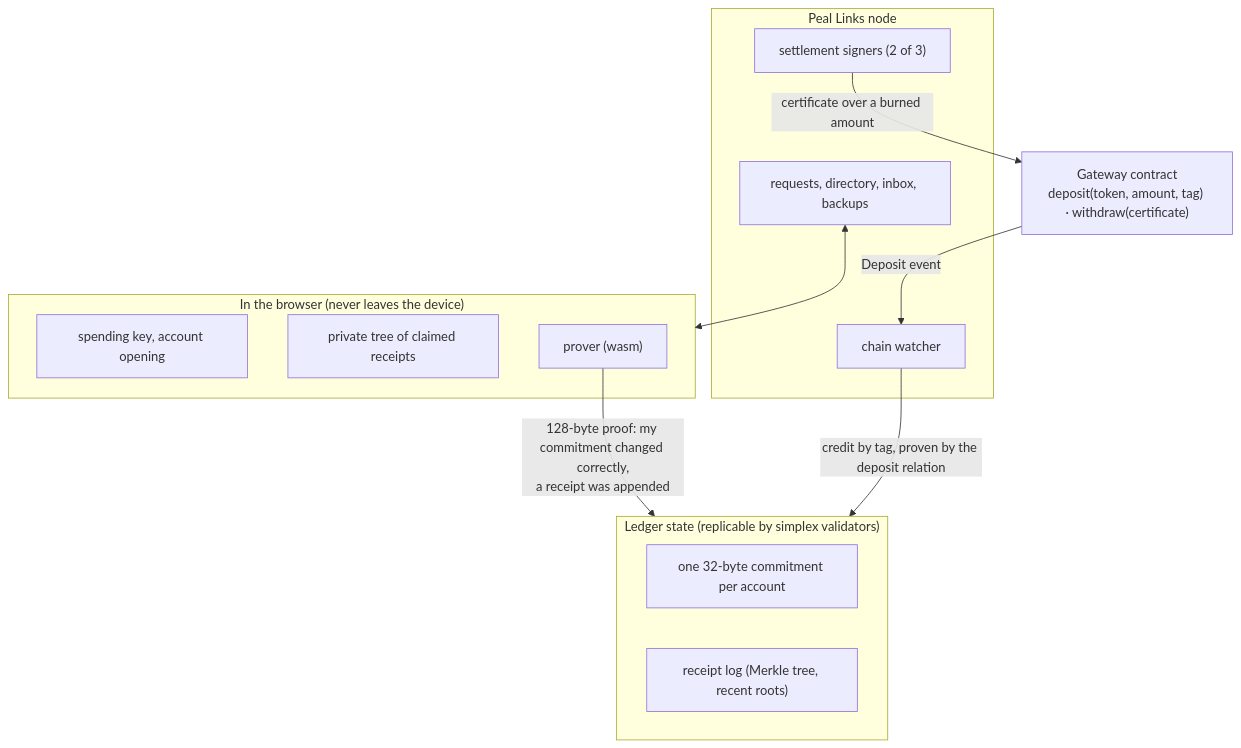
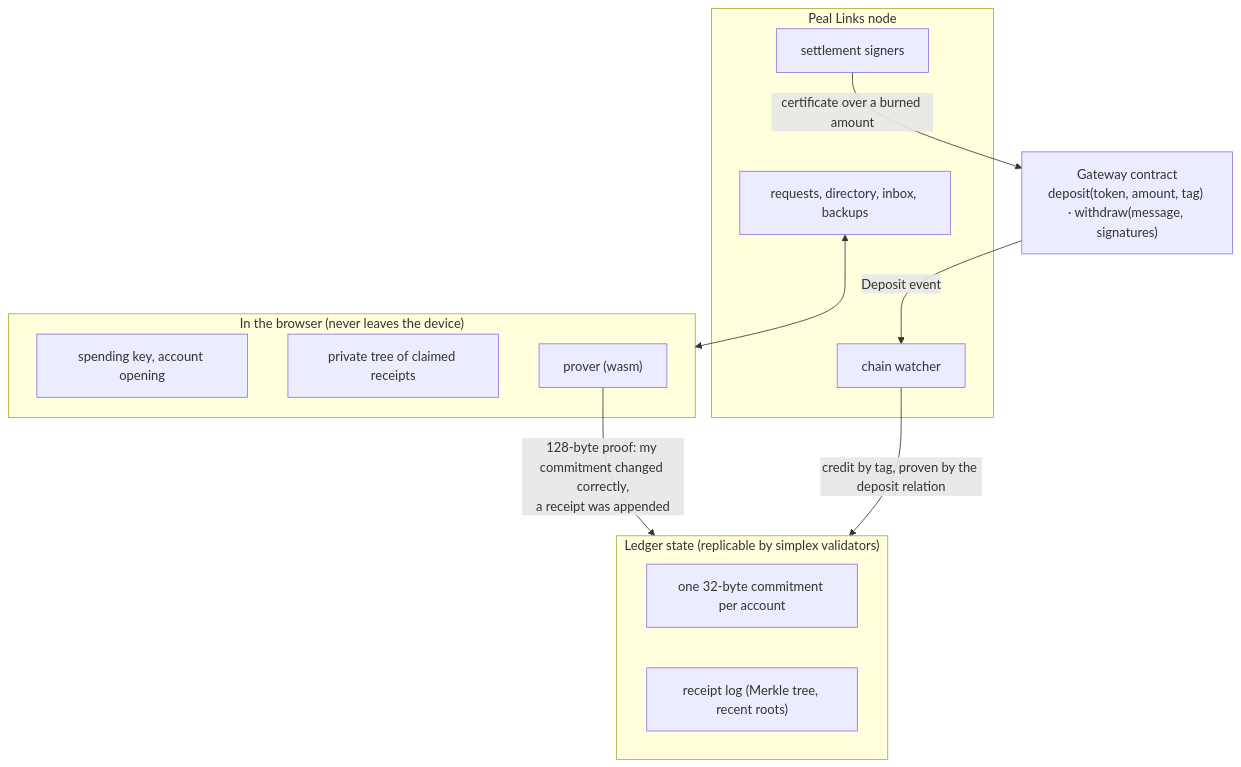
One commit to Adityaakr/peal changed the fifth of 6 diagrams in README.md. Above: the diagram before and after it, drawn with Mermaid. The commit also changed other lines of this file, not shown here.

````diff
--- a/README.md
+++ b/README.md
@@ -313,24 +364,24 @@
 ```mermaid
 flowchart TB
     subgraph wallet["In the browser (never leaves the device)"]
         K["spending key, account opening"]
         T["private tree of claimed receipts"]
         PR["prover (wasm)"]
     end
     subgraph node["Peal Links node"]
         API["requests, directory, inbox, backups"]
         W["chain watcher"]
-        S["settlement signers (2 of 3)"]
+        S["settlement signers"]
     end
     subgraph ledger["Ledger state (replicable by simplex validators)"]
         ACC["one 32-byte commitment per account"]
         RCP["receipt log (Merkle tree, recent roots)"]
     end
-    GW["Gateway contract<br/>deposit(token, amount, tag) · withdraw(certificate)"]
+    GW["Gateway contract<br/>deposit(token, amount, tag) · withdraw(message, signatures)"]
 
     PR -- "128-byte proof: my commitment changed correctly,<br/>a receipt was appended" --> ledger
     GW -- "Deposit event" --> W
     W -- "credit by tag, proven by the deposit relation" --> ledger
     S -- "certificate over a burned amount" --> GW
     API <--> wallet
 ```
````
